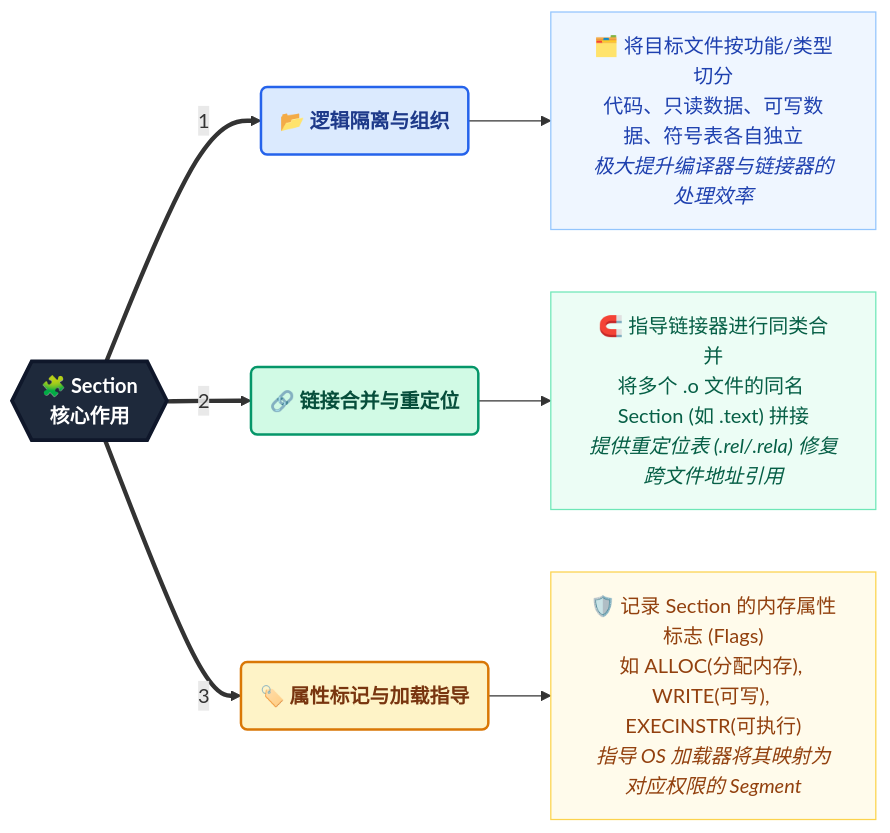
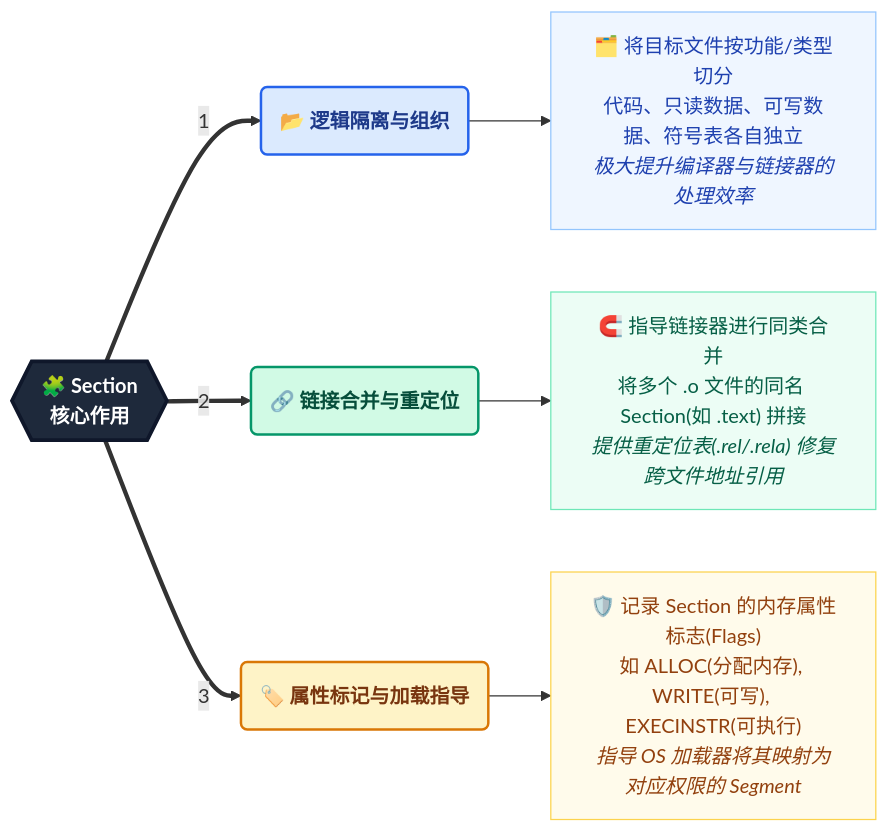
The fourth of 10 diagrams in _posts/c_c++/compile/2021-06-15-编译过程.md (dmjcb/dmjcb.github.io), drawn with Mermaid before and after one commit. The commit also changed other lines of this file and 8 other files, not shown here.

````diff
--- a/_posts/c_c++/compile/2021-06-15-编译过程.md
+++ b/_posts/c_c++/compile/2021-06-15-编译过程.md
@@ -507,52 +507,52 @@
 ```mermaid
 flowchart LR
-    %% 样式定义 (保持与前文一致的色彩系统)
+    %% 样式定义(保持与前文一致的色彩系统)
     classDef center fill:#1e293b,stroke:#0f172a,stroke-width:3px,color:#ffffff,font-weight:bold,font-size:16px;
     
     classDef main_org fill:#dbeafe,stroke:#2563eb,stroke-width:2px,color:#1e3a8a,font-weight:bold;
     classDef sub_org fill:#eff6ff,stroke:#93c5fd,stroke-width:1px,color:#1e40af;
     
     classDef main_link fill:#d1fae5,stroke:#059669,stroke-width:2px,color:#064e3b,font-weight:bold;
     classDef sub_link fill:#ecfdf5,stroke:#6ee7b7,stroke-width:1px,color:#065f46;
     
     classDef main_attr fill:#fef3c7,stroke:#d97706,stroke-width:2px,color:#78350f,font-weight:bold;
     classDef sub_attr fill:#fffbeb,stroke:#fcd34d,stroke-width:1px,color:#92400e;
 
     %% 中心节点
     Center{{"🧩 <b>Section</b><br/>核心作用"}}
 
     %% 1. 逻辑隔离与组织
     OrgMain("📂 <b>逻辑隔离与组织</b>")
     OrgSub["🗂️ 将目标文件按功能/类型切分<br/>代码、只读数据、可写数据、符号表各自独立<br/><i>极大提升编译器与链接器的处理效率</i>"]
 
     %% 2. 链接合并与重定位
     LinkMain("🔗 <b>链接合并与重定位</b>")
-    LinkSub["🧲 指导链接器进行同类合并<br/>将多个 .o 文件的同名 Section (如 .text) 拼接<br/><i>提供重定位表 (.rel/.rela) 修复跨文件地址引用</i>"]
+    LinkSub["🧲 指导链接器进行同类合并<br/>将多个 .o 文件的同名 Section(如 .text) 拼接<br/><i>提供重定位表(.rel/.rela) 修复跨文件地址引用</i>"]
 
     %% 3. 属性标记与加载指导
     AttrMain("🏷️ <b>属性标记与加载指导</b>")
-    AttrSub["🛡️ 记录 Section 的内存属性标志 (Flags)<br/>如 ALLOC(分配内存), WRITE(可写), EXECINSTR(可执行)<br/><i>指导 OS 加载器将其映射为对应权限的 Segment</i>"]
+    AttrSub["🛡️ 记录 Section 的内存属性标志(Flags)<br/>如 ALLOC(分配内存), WRITE(可写), EXECINSTR(可执行)<br/><i>指导 OS 加载器将其映射为对应权限的 Segment</i>"]
 
     %% 连线关系
     Center ==>|1| OrgMain
     OrgMain --> OrgSub
     
     Center ==>|2| LinkMain
     LinkMain --> LinkSub
     
     Center ==>|3| AttrMain
     AttrMain --> AttrSub
 
     %% 应用样式
     class Center center;
     
     class OrgMain main_org;
     class OrgSub sub_org;
     
     class LinkMain main_link;
     class LinkSub sub_link;
     
     class AttrMain main_attr;
     class AttrSub sub_attr;
 
 ```
````
